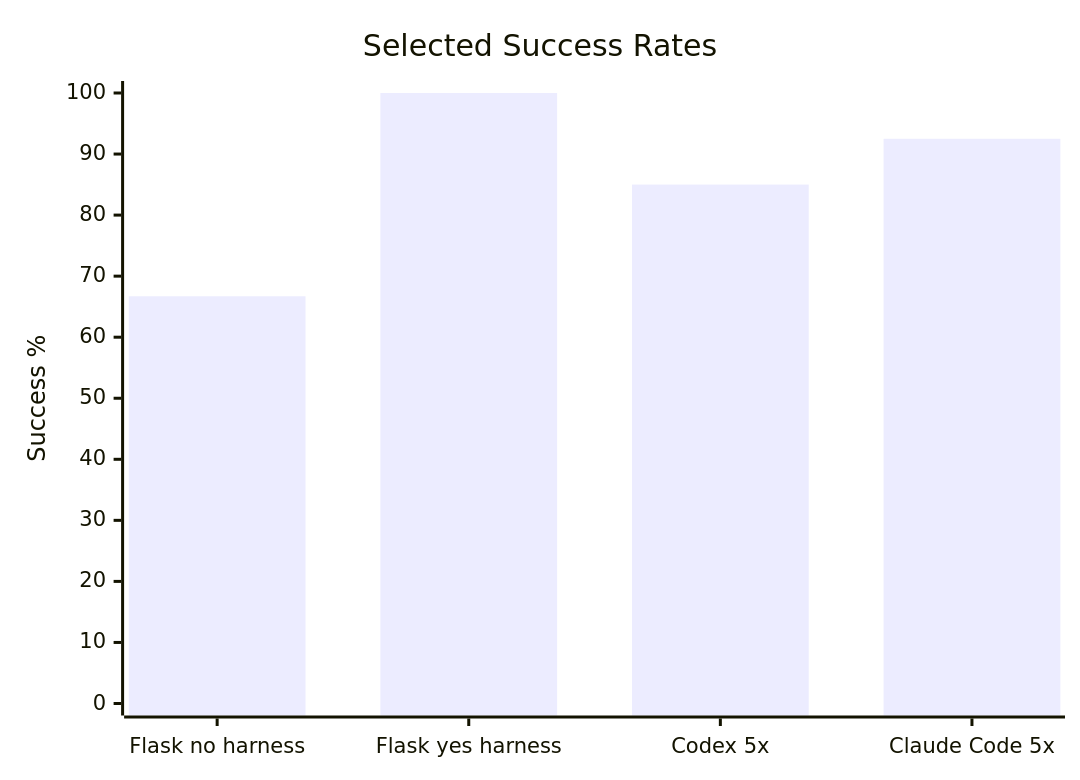
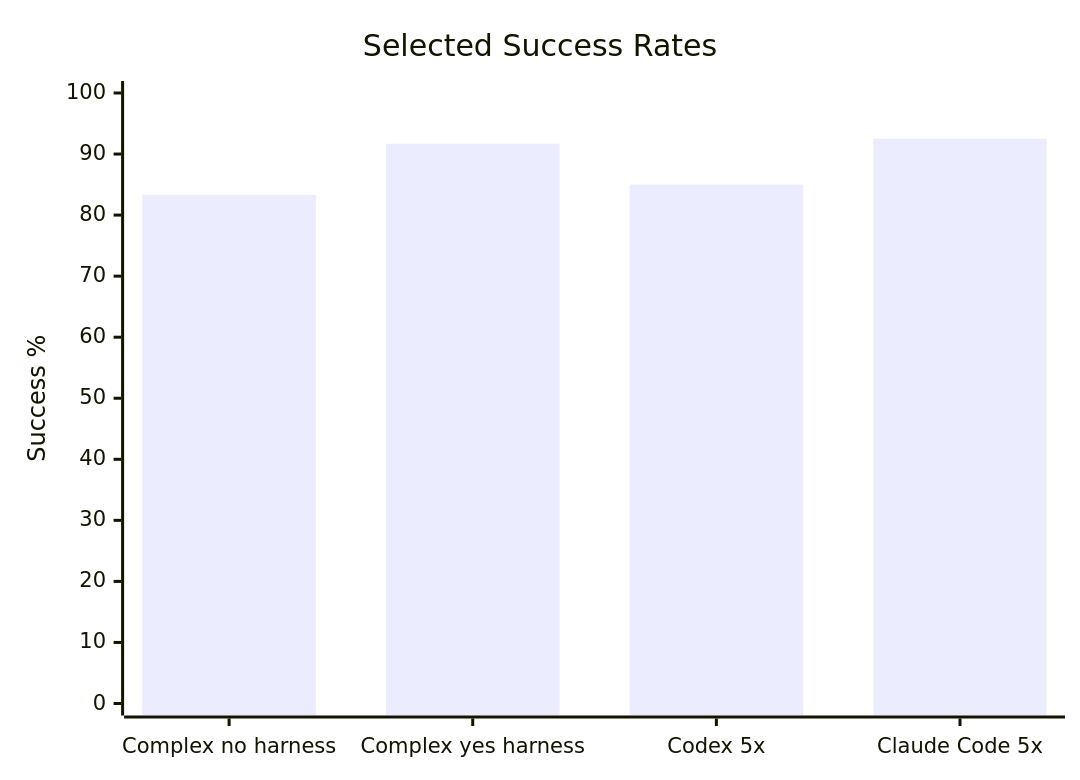
The diagram in README.md (harnessworks/harness-agent-benchmark-runner), drawn with Mermaid before and after one commit. The commit also changed other lines of this file and 2 other files, not shown here.

Commit message:
Document complex harness effect A/B results

````diff
--- a/README.md
+++ b/README.md
@@ -65,7 +68,7 @@
 ```mermaid
 xychart-beta
     title "Selected Success Rates"
-    x-axis ["Flask no harness", "Flask yes harness", "Codex 5x", "Claude Code 5x"]
+    x-axis ["Complex no harness", "Complex yes harness", "Codex 5x", "Claude Code 5x"]
     y-axis "Success %" 0 --> 100
-    bar [66.7, 100, 85, 92.5]
+    bar [83.3, 91.7, 85, 92.5]
 ```
````
